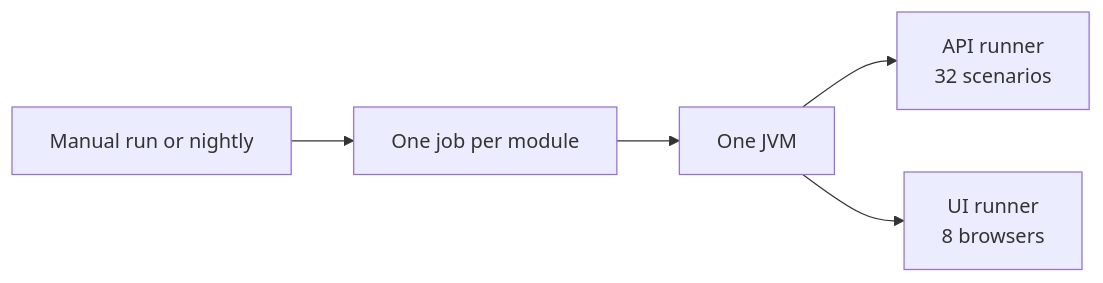
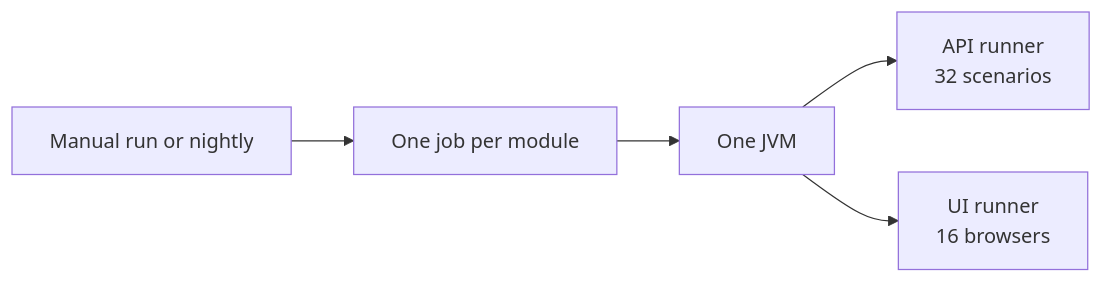
One commit to it-at-m/eappointment changed the second of 5 diagrams in docs/en/testing-and-automation/how-we-parallelized-zmsautomation.md. Above: the diagram before and after it, drawn with Mermaid. The commit also changed other lines of this file and 10 other files, not shown here.

````diff
--- a/docs/en/testing-and-automation/how-we-parallelized-zmsautomation.md
+++ b/docs/en/testing-and-automation/how-we-parallelized-zmsautomation.md
@@ -29,6 +29,6 @@
 ```mermaid
 flowchart LR
   run[Manual run or nightly] --> modules[One job per module] --> jvm[One JVM]
   jvm --> api["API runner<br/>32 scenarios"]
-  jvm --> ui["UI runner<br/>8 browsers"]
+  jvm --> ui["UI runner<br/>16 browsers"]
 ```
````
